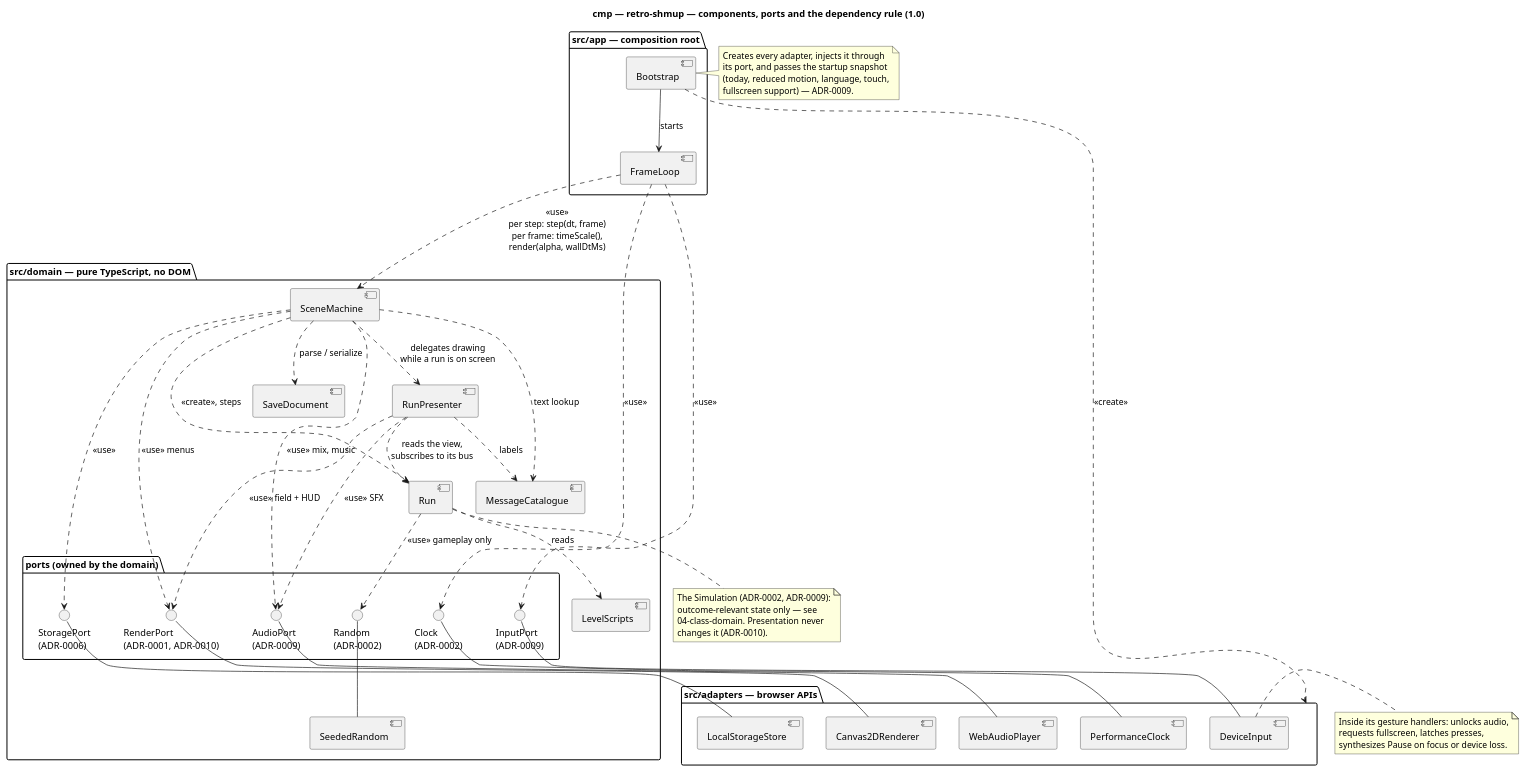
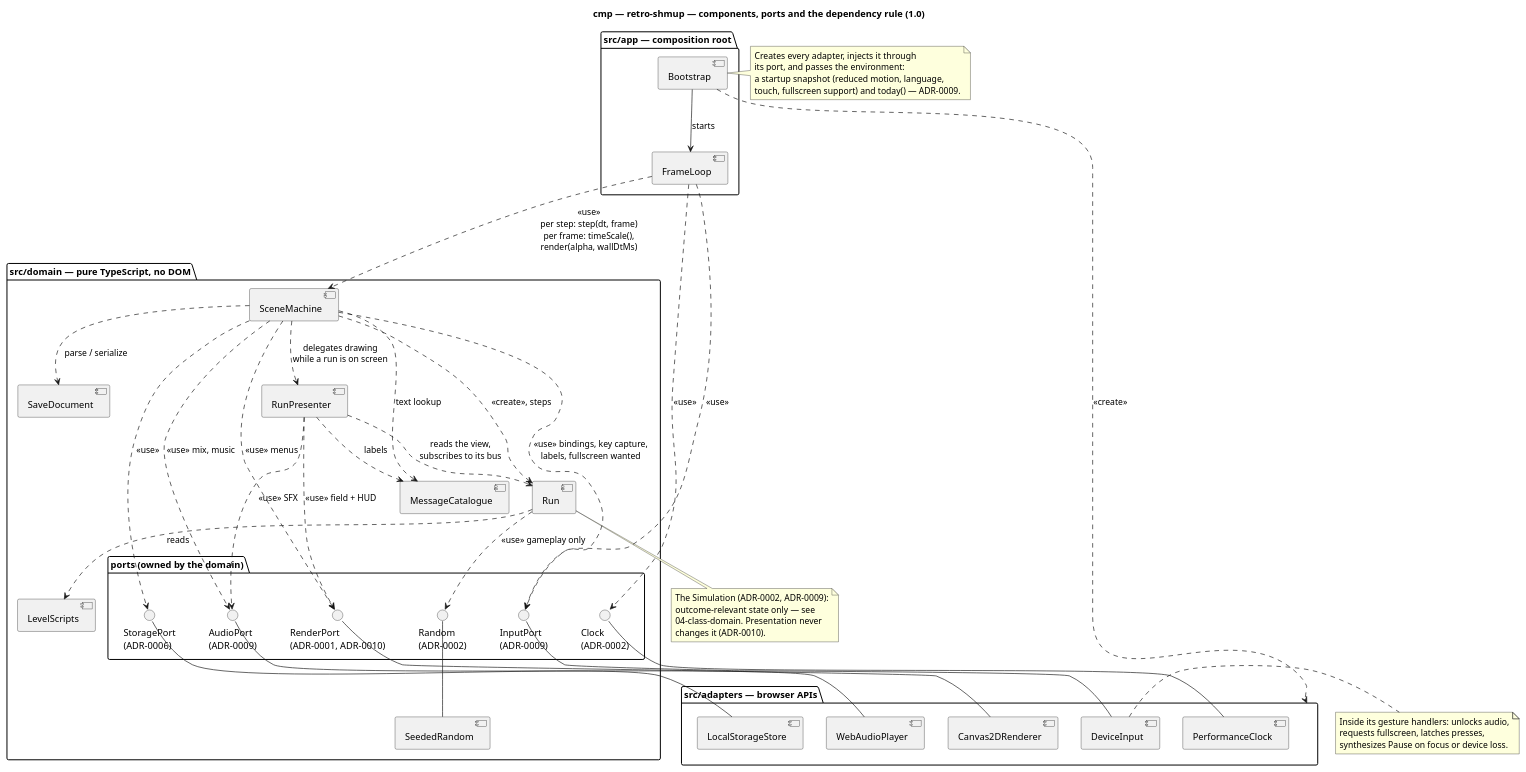
One commit to benoit-bremaud/retro-shmup changed the diagram in docs/architecture/diagrams/system/03-component.puml. Above: the diagram before and after it, drawn with PlantUML. The commit also changed 5 other files, not shown here.

First line of the commit message:
docs(uml): address PR #3 review — InputPort caller, fullscreen gesture, high-score date

```diff
--- a/docs/architecture/diagrams/system/03-component.puml
+++ b/docs/architecture/diagrams/system/03-component.puml
@@ -1,88 +1,89 @@
 @startuml 03-component
 title cmp — retro-shmup — components, ports and the dependency rule (1.0)
 top to bottom direction
 skinparam shadowing false
 skinparam componentStyle uml2
 
 package "src/app — composition root" as App {
   [Bootstrap] as Boot
   [FrameLoop] as Loop
 }
 
 package "src/domain — pure TypeScript, no DOM" as Domain {
   [SceneMachine] as Scenes
   [Run] as Run
   [RunPresenter] as Presenter
   [LevelScripts] as Levels
   [SaveDocument] as Save
   [MessageCatalogue] as I18n
   [SeededRandom] as Rng
 
   package "ports (owned by the domain)" as Ports {
     interface "RenderPort\n(ADR-0001, ADR-0010)" as RenderPort
     interface "AudioPort\n(ADR-0009)" as AudioPort
     interface "InputPort\n(ADR-0009)" as InputPort
     interface "StoragePort\n(ADR-0006)" as StoragePort
     interface "Clock\n(ADR-0002)" as ClockPort
     interface "Random\n(ADR-0002)" as RandomPort
   }
 }
 
 package "src/adapters — browser APIs" as Adapters {
   [Canvas2DRenderer] as Canvas
   [WebAudioPlayer] as WebAudio
   [DeviceInput] as Input
   [LocalStorageStore] as LocalStore
   [PerformanceClock] as PerfClock
 }
 
 ' composition root
 Boot --> Loop : starts
 Boot ..> Adapters : <<create>>
 Loop ..> Scenes : <<use>>\nper step: step(dt, frame)\nper frame: timeScale(),\nrender(alpha, wallDtMs)
 Loop ..> ClockPort : <<use>>
 Loop ..> InputPort : <<use>>
 
 ' domain internals
 Scenes ..> Run : <<create>>, steps
 Scenes ..> Presenter : delegates drawing\nwhile a run is on screen
 Scenes ..> Save : parse / serialize
 Scenes ..> I18n : text lookup
 Presenter ..> Run : reads the view,\nsubscribes to its bus
 Presenter ..> I18n : labels
 Run ..> Levels : reads
 Scenes ..> RenderPort : <<use>> menus
 Scenes ..> AudioPort : <<use>> mix, music
 Scenes ..> StoragePort : <<use>>
+Scenes ..> InputPort : <<use>> bindings, key capture,\nlabels, fullscreen wanted
 Presenter ..> RenderPort : <<use>> field + HUD
 Presenter ..> AudioPort : <<use>> SFX
 Run ..> RandomPort : <<use>> gameplay only
 Rng -up- RandomPort
 
 ' adapters realize domain ports: dependencies point inward
 Canvas -up- RenderPort
 WebAudio -up- AudioPort
 Input -up- InputPort
 LocalStore -up- StoragePort
 PerfClock -up- ClockPort
 
 note right of Boot
   Creates every adapter, injects it through
-  its port, and passes the startup snapshot
-  (today, reduced motion, language, touch,
-  fullscreen support) — ADR-0009.
+  its port, and passes the environment:
+  a startup snapshot (reduced motion, language,
+  touch, fullscreen support) and today() — ADR-0009.
 end note
 
 note right of Input
   Inside its gesture handlers: unlocks audio,
   requests fullscreen, latches presses,
   synthesizes Pause on focus or device loss.
 end note
 
 note bottom of Run
   The Simulation (ADR-0002, ADR-0009):
   outcome-relevant state only — see
   04-class-domain. Presentation never
   changes it (ADR-0010).
 end note
 @enduml
```
